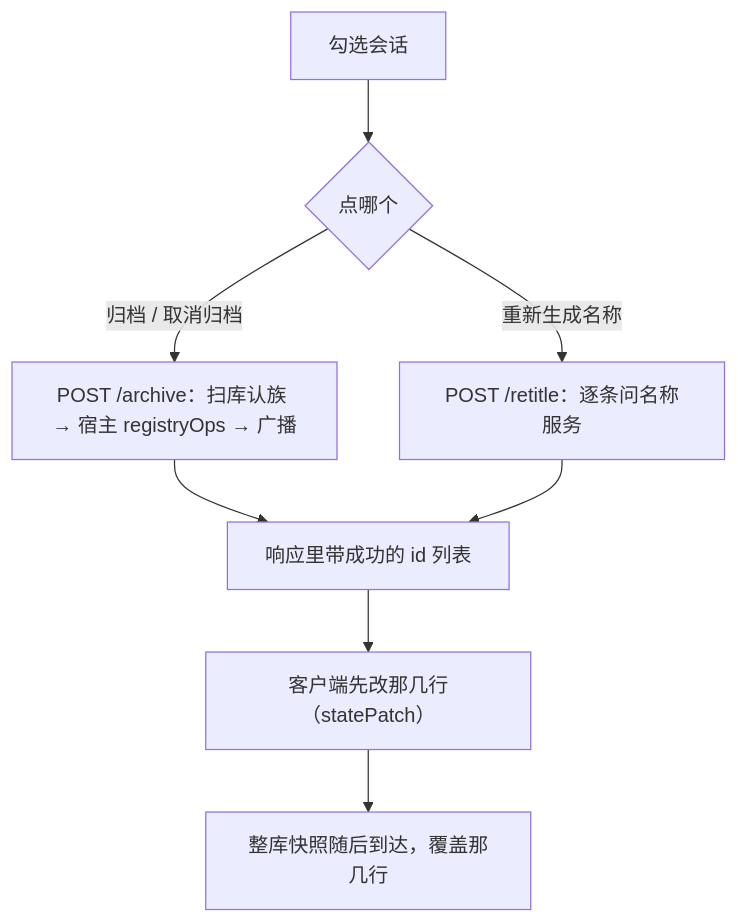
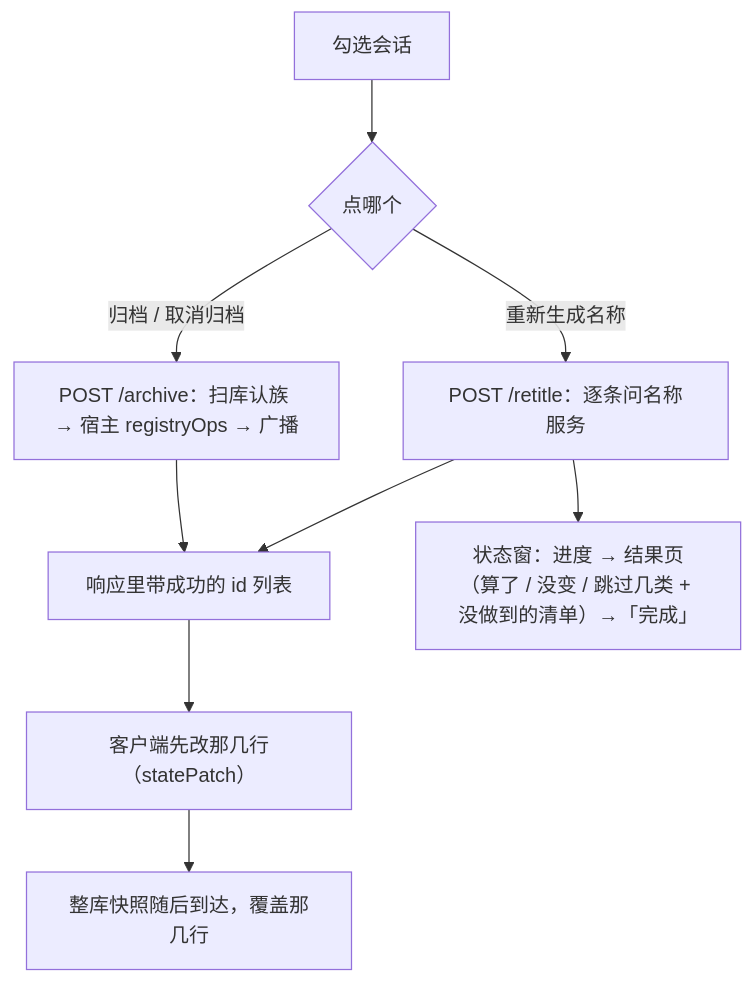
One commit to he0119/dsh-session-manager changed the eighth of 10 diagrams in docs/flows.md. Above: the diagram before and after it, drawn with Mermaid. The commit also changed other lines of this file and 25 other files, not shown here.

````diff
--- a/docs/flows.md
+++ b/docs/flows.md
@@ -159,10 +198,11 @@
 ```mermaid
 flowchart TD
   A["勾选会话"] --> B{"点哪个"}
   B -->|"归档 / 取消归档"| C["POST /archive：扫库认族 → 宿主 registryOps → 广播"]
   B -->|"重新生成名称"| D["POST /retitle：逐条问名称服务"]
   C --> E["响应里带成功的 id 列表"]
   D --> E
   E --> F["客户端先改那几行（statePatch）"]
   F --> G["整库快照随后到达，覆盖那几行"]
+  D --> J["状态窗：进度 → 结果页（算了 / 没变 / 跳过几类 + 没做到的清单）→「完成」"]
 ```
````
